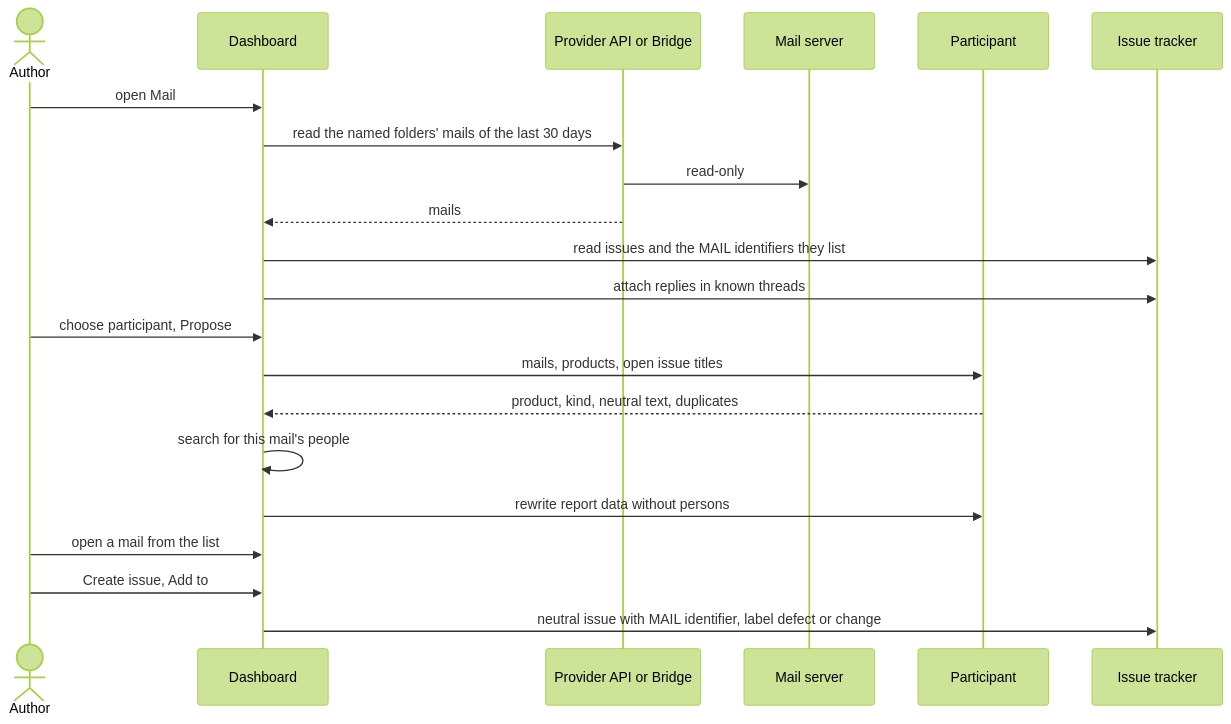
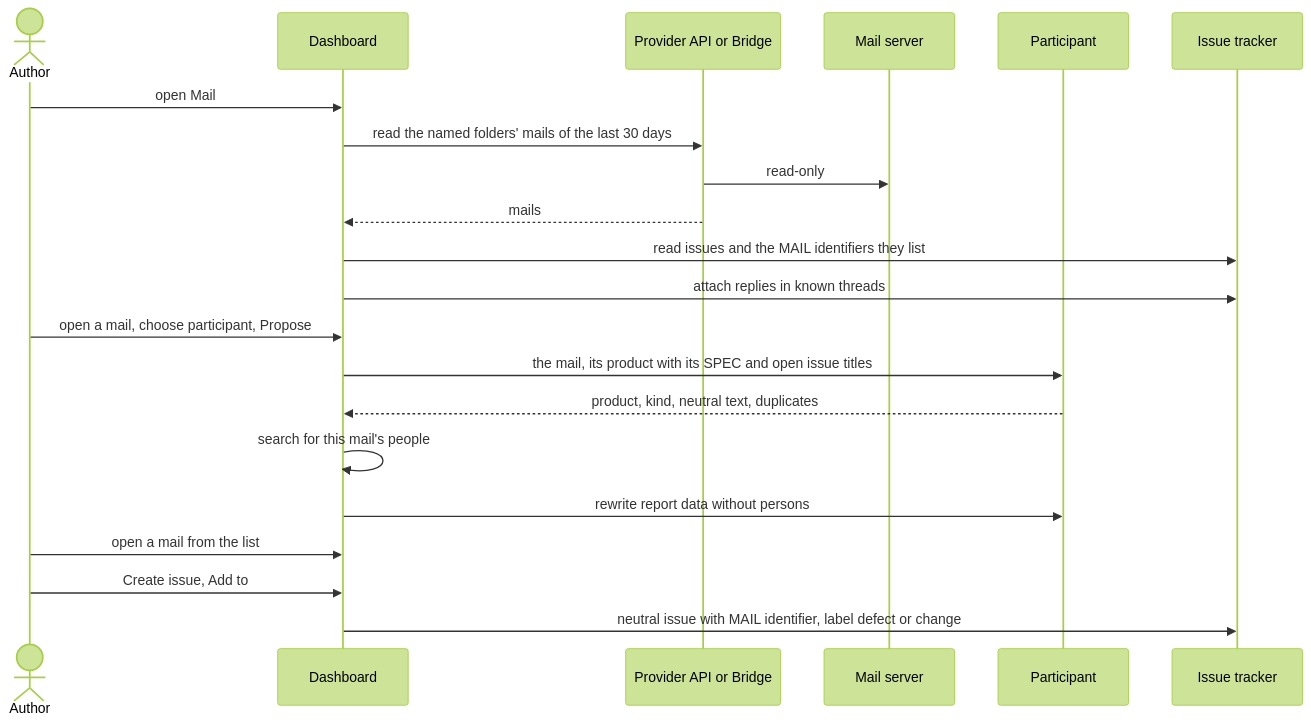
One commit to akmaier/agent-m changed the diagram in docs/use-cases/UC-038-turn-mails-into-issues.md. Above: the diagram before and after it, drawn with Mermaid (forest theme). The commit also changed other lines of this file and 10 other files, not shown here.

First line of the commit message:
mail: Propose works on the mail opened and sends that mail, the product chosen for it with its SPEC and its open issues (UC-038 steps 4 and 5, MOD-maintenance-pages, MOD-mail-handling recipe mail-batch: drafts for akmaier's acceptance)

````diff
--- a/docs/use-cases/UC-038-turn-mails-into-issues.md
+++ b/docs/use-cases/UC-038-turn-mails-into-issues.md
@@ -126,23 +125,23 @@
 ```mermaid
 sequenceDiagram
     actor A as Author
     participant D as Dashboard
     participant B as Provider API or Bridge
     participant S as Mail server
     participant P as Participant
     participant I as Issue tracker
     A->>D: open Mail
     D->>B: read the named folders' mails of the last 30 days
     B->>S: read-only
     B-->>D: mails
     D->>I: read issues and the MAIL identifiers they list
     D->>I: attach replies in known threads
-    A->>D: choose participant, Propose
-    D->>P: mails, products, open issue titles
+    A->>D: open a mail, choose participant, Propose
+    D->>P: the mail, its product with its SPEC and open issue titles
     P-->>D: product, kind, neutral text, duplicates
     D->>D: search for this mail's people
     D->>P: rewrite report data without persons
     A->>D: open a mail from the list
     A->>D: Create issue, Add to #n, or Not an issue
     D->>I: neutral issue with MAIL identifier, label defect or change
 ```
````
